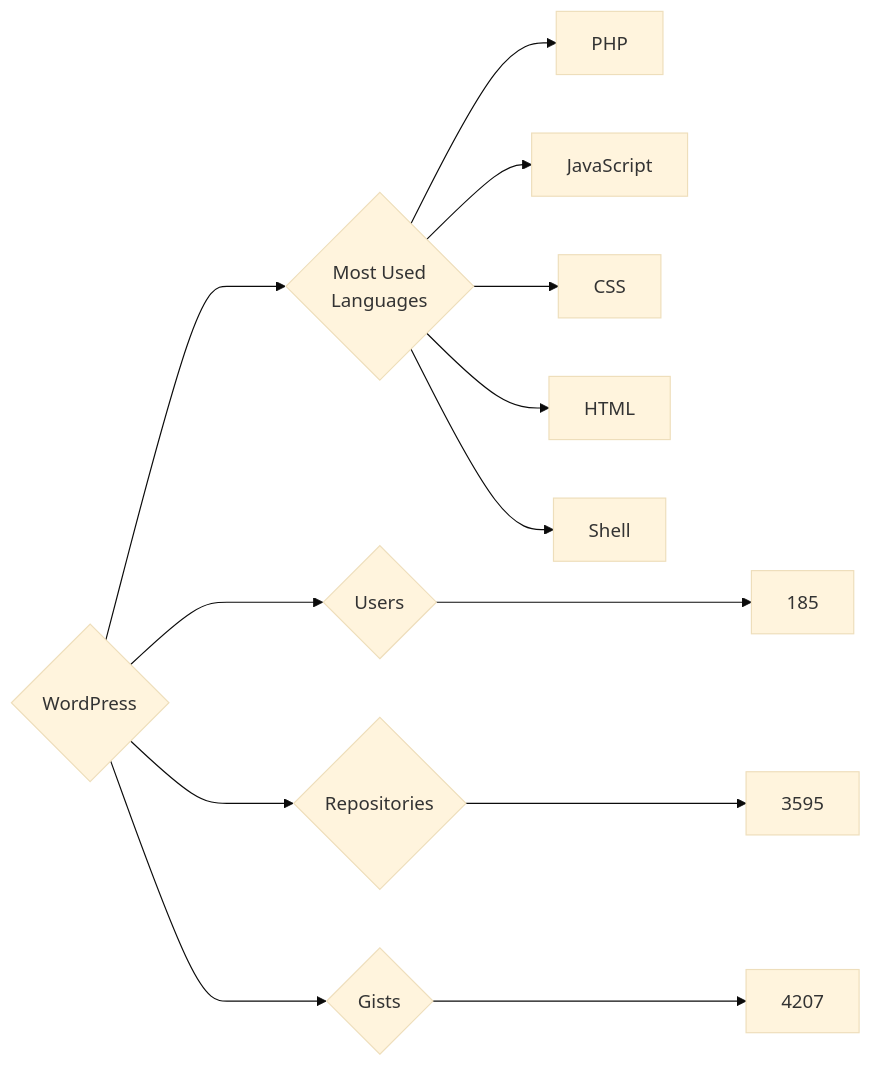
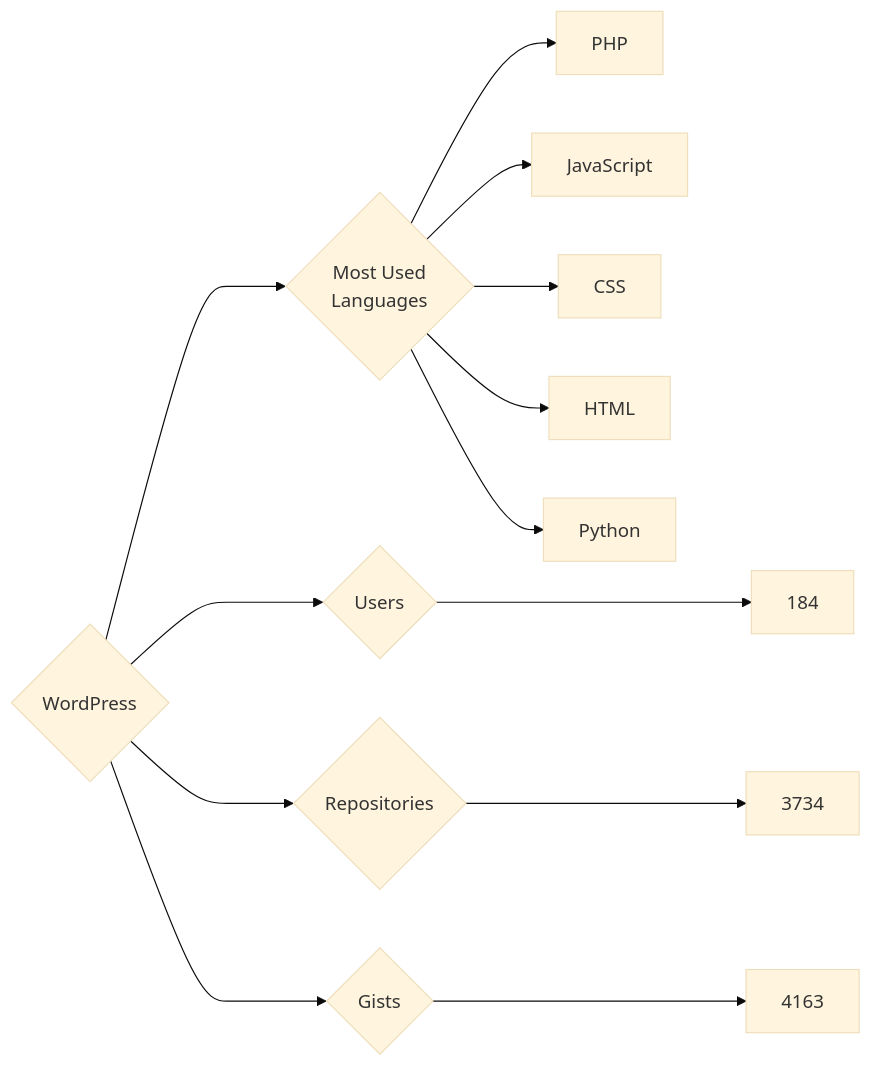
Before and after one commit to trickest/insiders: the diagram in targets/WordPress/README.md, drawn with Mermaid (base theme). The commit also changed 851 other files, not shown here.

````diff
--- a/targets/WordPress/README.md
+++ b/targets/WordPress/README.md
@@ -3,13 +3,13 @@
 ```mermaid
 graph LR
 COMPANY_NAME{WordPress}
-COMPANY_NAME ---> U{Users} ---> UN[185]
-COMPANY_NAME ---> R{Repositories} ---> RN[3595]
-COMPANY_NAME ---> G{Gists} ---> GN[4207]
+COMPANY_NAME ---> U{Users} ---> UN[184]
+COMPANY_NAME ---> R{Repositories} ---> RN[3734]
+COMPANY_NAME ---> G{Gists} ---> GN[4163]
 COMPANY_NAME ---> ML{Most Used<br>Languages}
 ML --> PHP[PHP]
 ML --> JavaScript[JavaScript]
 ML --> CSS[CSS]
 ML --> HTML[HTML]
-ML --> Shell[Shell]
+ML --> Python[Python]
 ```
````
